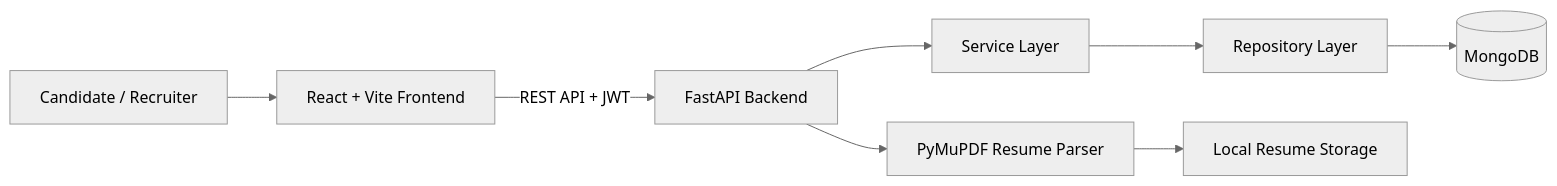
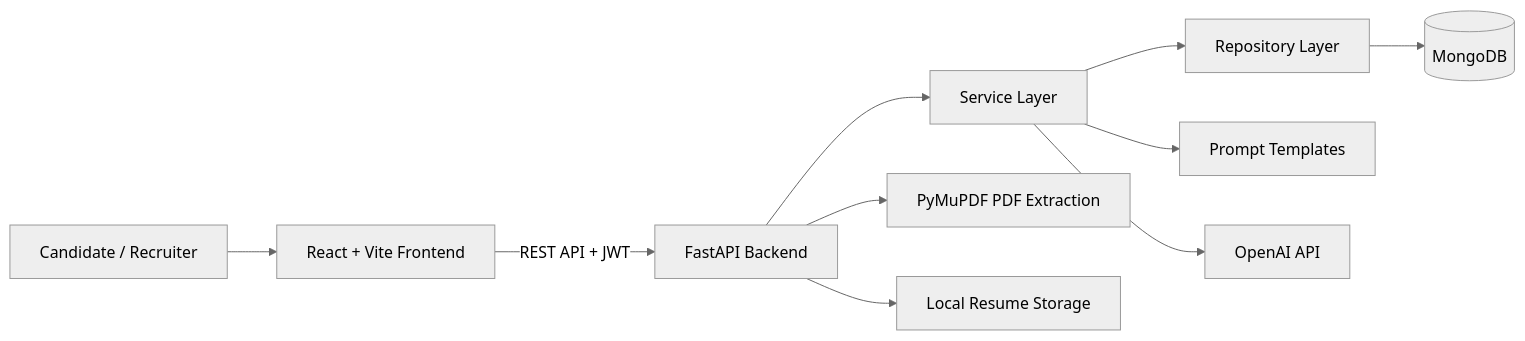
The diagram in README.md (aniksam-github/NipunHire-AI), drawn with Mermaid (neutral theme) before and after one commit. The commit also changed other lines of this file, not shown here.

````diff
--- a/README.md
+++ b/README.md
@@ -120,10 +124,12 @@
 ```mermaid
 flowchart LR
     U[Candidate / Recruiter] --> F[React + Vite Frontend]
     F -->|REST API + JWT| B[FastAPI Backend]
     B --> S[Service Layer]
     S --> R[Repository Layer]
     R --> M[(MongoDB)]
-    B --> P[PyMuPDF Resume Parser]
-    P --> L[Local Resume Storage]
+    S --> P[Prompt Templates]
+    S --> O[OpenAI API]
+    B --> X[PyMuPDF PDF Extraction]
+    B --> L[Local Resume Storage]
 ```
````
